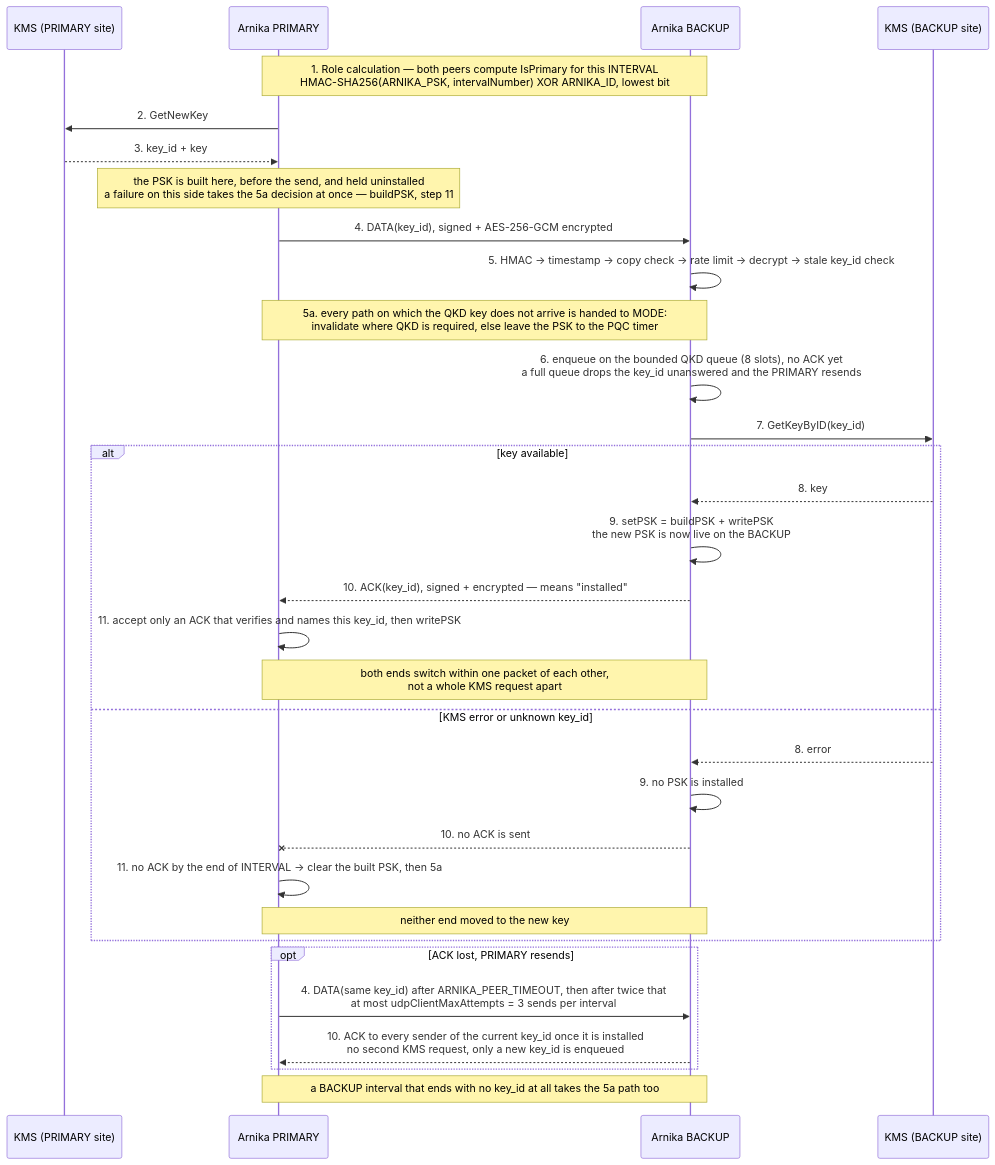
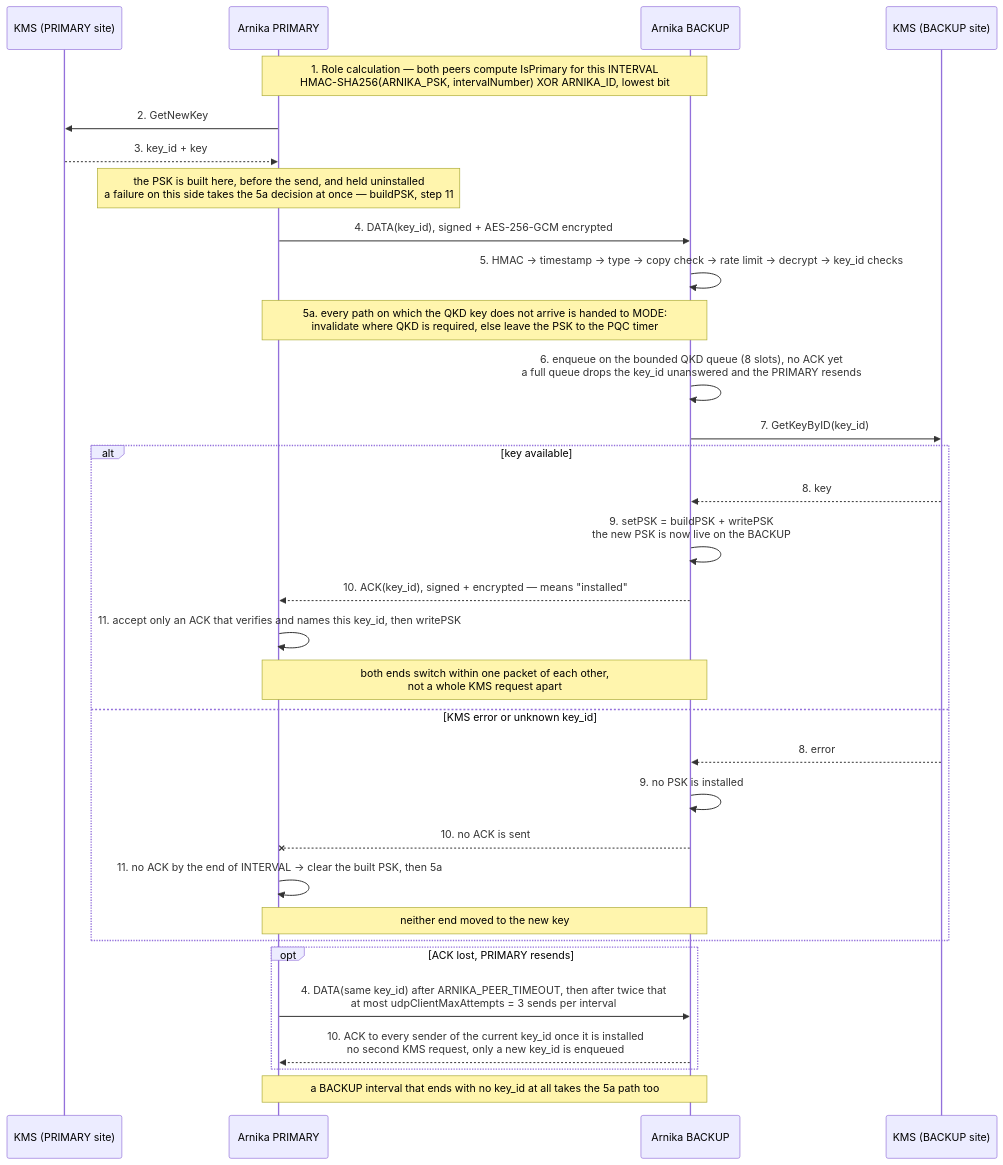
Before and after one commit to arnika-project/arnika: the first of 2 diagrams in CODEFLOW.md, drawn with Mermaid. The commit also changed other lines of this file and 3 other files, not shown here.

````diff
--- a/CODEFLOW.md
+++ b/CODEFLOW.md
@@ -16,35 +16,35 @@
 ```mermaid
 sequenceDiagram
     participant KA as KMS (PRIMARY site)
     participant P as Arnika PRIMARY
     participant B as Arnika BACKUP
     participant KB as KMS (BACKUP site)
 
     Note over P,B: 1. Role calculation — both peers compute IsPrimary for this INTERVAL<br/>HMAC-SHA256(ARNIKA_PSK, intervalNumber) XOR ARNIKA_ID, lowest bit
     P->>KA: 2. GetNewKey
     KA-->>P: 3. key_id + key
     Note over P: the PSK is built here, before the send, and held uninstalled<br/>a failure on this side takes the 5a decision at once — buildPSK, step 11
     P->>B: 4. DATA(key_id), signed + AES-256-GCM encrypted
-    B->>B: 5. HMAC → timestamp → copy check → rate limit → decrypt → stale key_id check
+    B->>B: 5. HMAC → timestamp → type → copy check → rate limit → decrypt → key_id checks
     Note over P,B: 5a. every path on which the QKD key does not arrive is handed to MODE:<br/>invalidate where QKD is required, else leave the PSK to the PQC timer
     B->>B: 6. enqueue on the bounded QKD queue (8 slots), no ACK yet<br/>a full queue drops the key_id unanswered and the PRIMARY resends
     B->>KB: 7. GetKeyByID(key_id)
     alt key available
         KB-->>B: 8. key
         B->>B: 9. setPSK = buildPSK + writePSK<br/>the new PSK is now live on the BACKUP
         B-->>P: 10. ACK(key_id), signed + encrypted — means "installed"
         P->>P: 11. accept only an ACK that verifies and names this key_id, then writePSK
         Note over P,B: both ends switch within one packet of each other,<br/>not a whole KMS request apart
     else KMS error or unknown key_id
         KB-->>B: 8. error
         B->>B: 9. no PSK is installed
         B--xP: 10. no ACK is sent
         P->>P: 11. no ACK by the end of INTERVAL → clear the built PSK, then 5a
         Note over P,B: neither end moved to the new key
     end
     opt ACK lost, PRIMARY resends
         P->>B: 4. DATA(same key_id) after ARNIKA_PEER_TIMEOUT, then after twice that<br/>at most udpClientMaxAttempts = 3 sends per interval
         B-->>P: 10. ACK to every sender of the current key_id once it is installed<br/>no second KMS request, only a new key_id is enqueued
     end
     Note over P,B: a BACKUP interval that ends with no key_id at all takes the 5a path too
 ```
````
